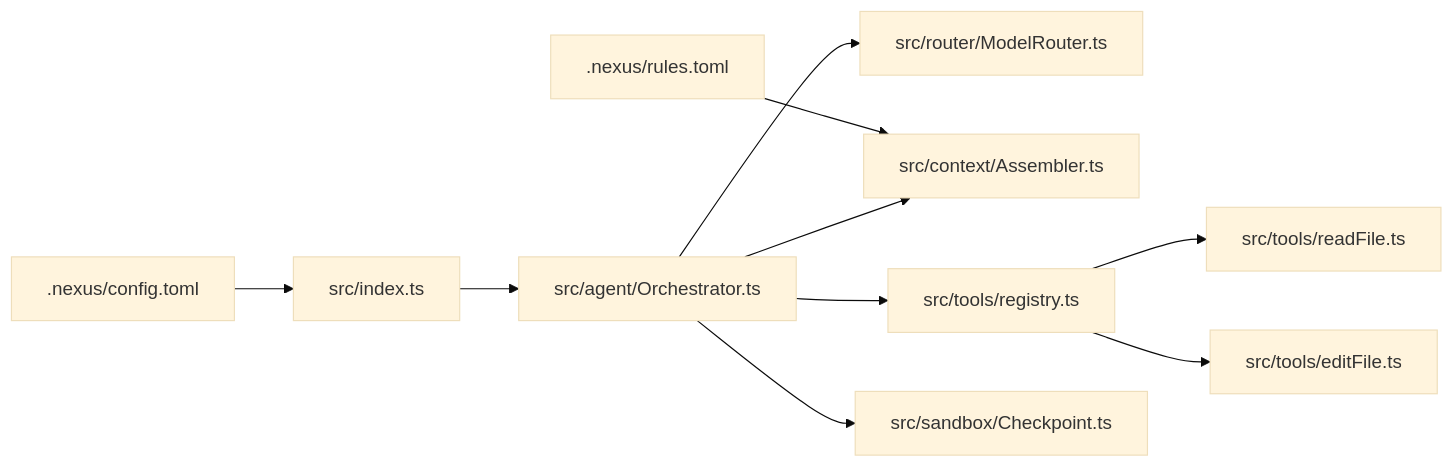
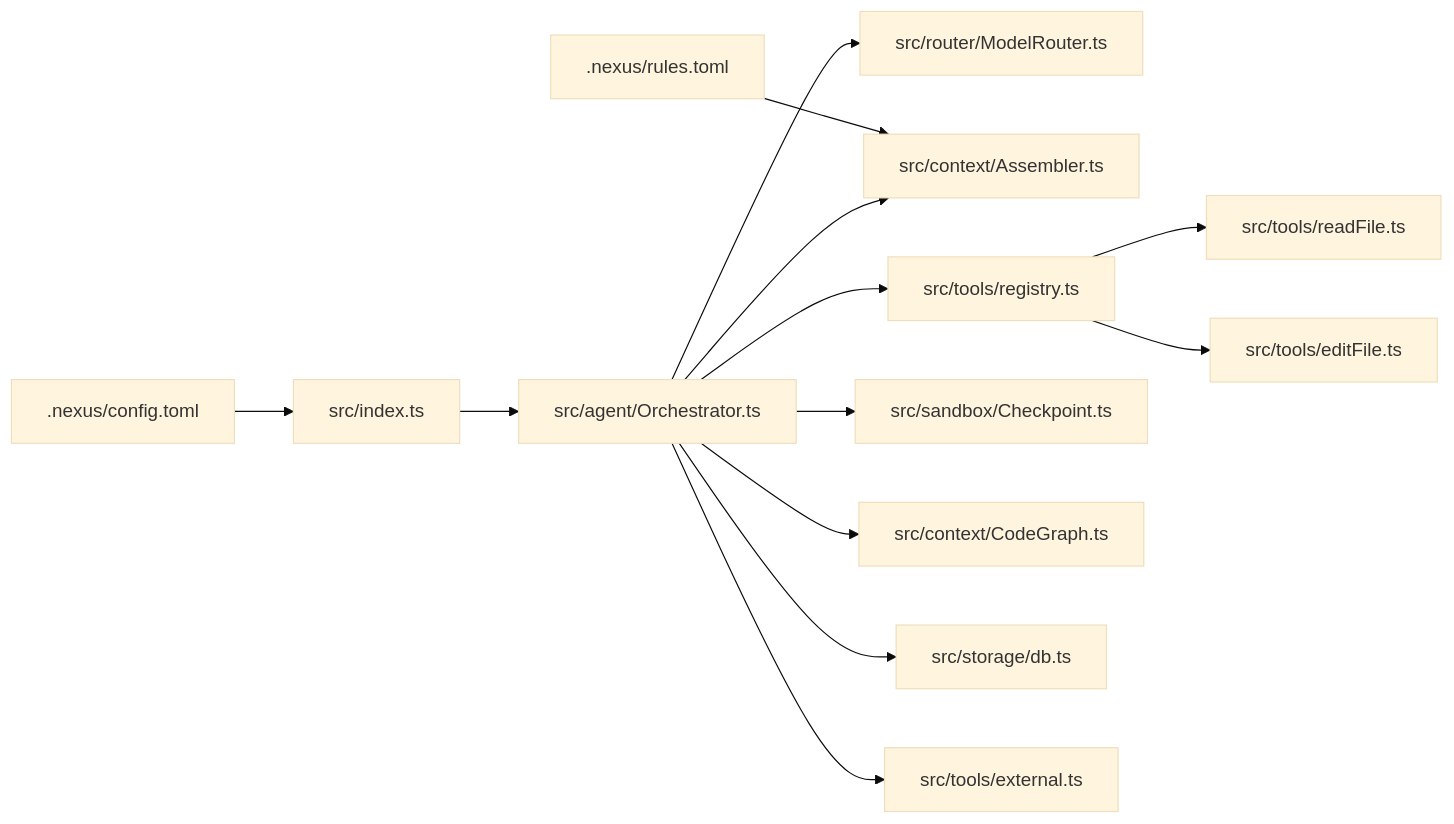
The tenth of 10 diagrams in .qoder/repowiki/zh/content/项目概述/架构概览.md (matter000/Nexus), drawn with Mermaid (base theme) before and after one commit. The commit also changed other lines of this file and 64 other files, not shown here.

````diff
--- a/.qoder/repowiki/zh/content/项目概述/架构概览.md
+++ b/.qoder/repowiki/zh/content/项目概述/架构概览.md
@@ -376,12 +466,15 @@
 ```mermaid
 graph LR
 Index["src/index.ts"] --> Orchestrator["src/agent/Orchestrator.ts"]
 Orchestrator --> Router["src/router/ModelRouter.ts"]
 Orchestrator --> Assembler["src/context/Assembler.ts"]
 Orchestrator --> Registry["src/tools/registry.ts"]
 Orchestrator --> Checkpoint["src/sandbox/Checkpoint.ts"]
+Orchestrator --> CodeGraph["src/context/CodeGraph.ts"]
+Orchestrator --> Database["src/storage/db.ts"]
+Orchestrator --> MCP["src/tools/external.ts"]
 Registry --> ReadFile["src/tools/readFile.ts"]
 Registry --> EditFile["src/tools/editFile.ts"]
 Config[".nexus/config.toml"] --> Index
 Rules[".nexus/rules.toml"] --> Assembler
 ```
````
